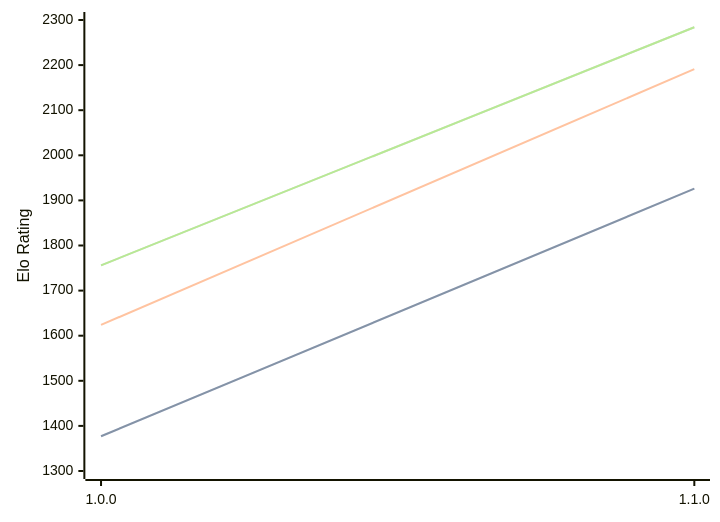
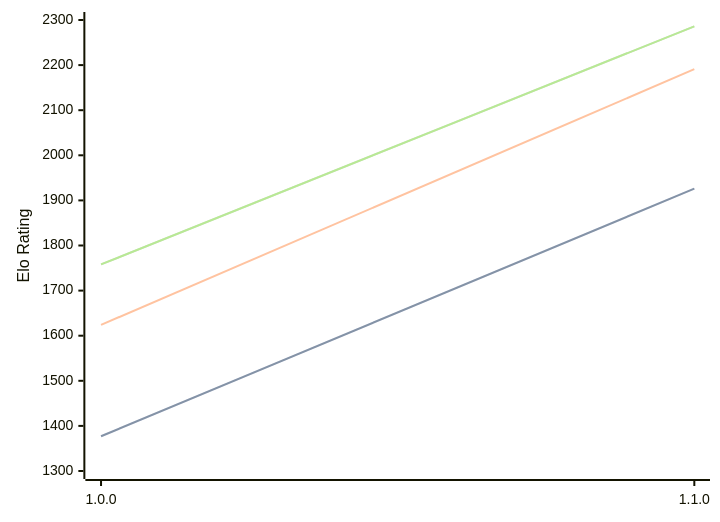
The diagram in engines/Akerbeltz.md (computer-chess-index/cci), drawn with Mermaid before and after one commit. The commit also changed other lines of this file, not shown here.

Commit message:
Update CCI Ratings (ELO VLTC) - 2026-07-25

````diff
--- a/engines/Akerbeltz.md
+++ b/engines/Akerbeltz.md
@@ -32,11 +32,11 @@
 ```mermaid
 %%{init: {"theme":"base","themeVariables":{"seriesColors:['#a3a3a3','#222221','#faa371']}}}%%
 xychart-beta
   x-axis ["1.0.0", "1.1.0"]
   y-axis "Elo Rating" 1300 --> 2300
   line "STC (8.0+0.08s)" [1377, 1926]
   line "STC (8.0+0.08s)" [1377, 1926]
   line "LTC (60.0+0.60s)" [1624, 2191]
-  line "VLTC (2m24s+1.12s)" [1756, 2284]
-  line "VLTC (2m24s+1.12s)" [1756, 2284]
+  line "VLTC (2m24s+1.12s)" [1758, 2286]
+  line "VLTC (2m24s+1.12s)" [1758, 2286]
 ```
````
